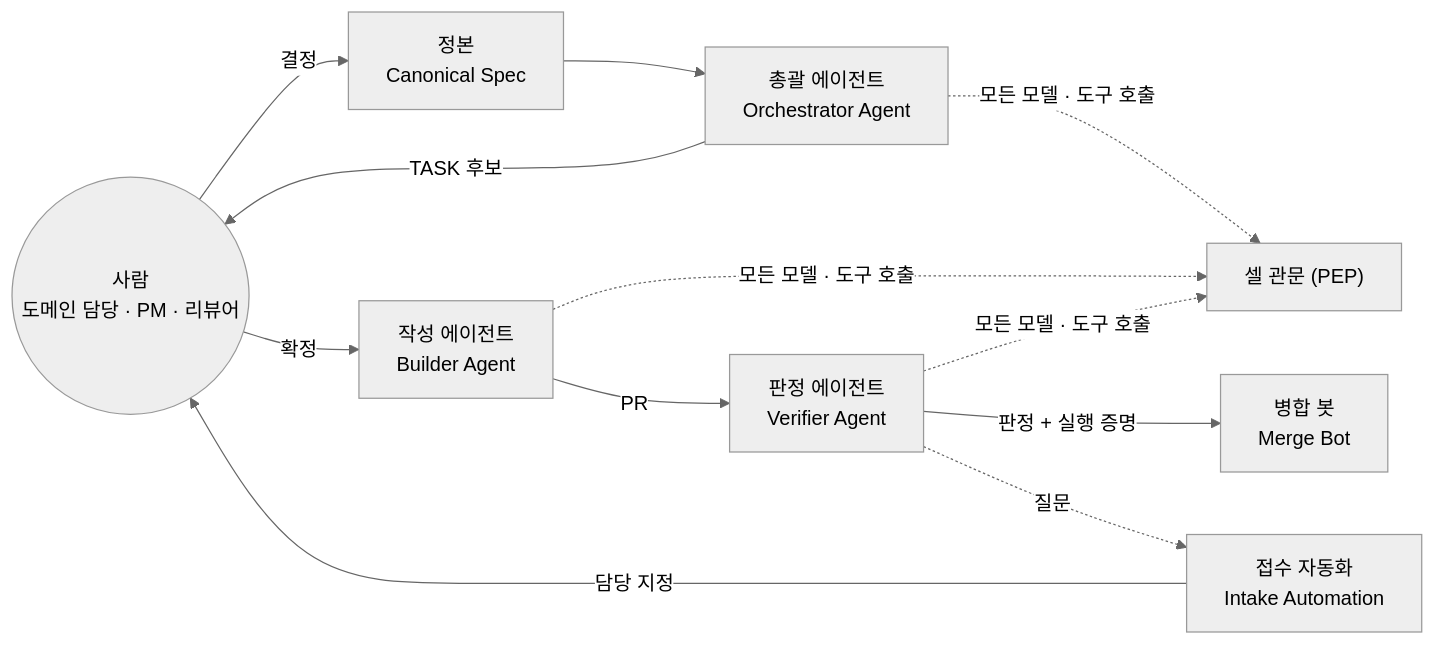
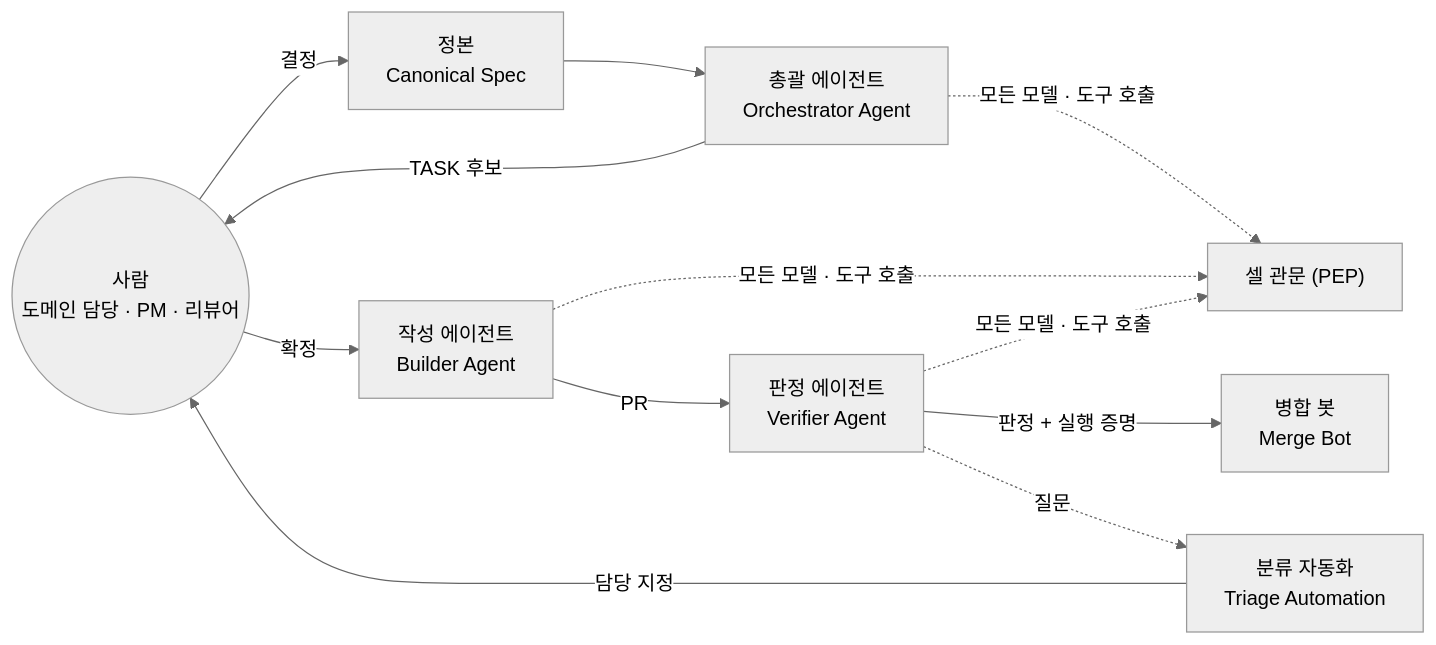
The second of 2 diagrams in AI_에이전틱_개념_아키텍처.md (whiteceo/agentic), drawn with Mermaid (neutral theme) before and after one commit. The commit also changed other lines of this file, not shown here.

````diff
--- a/AI_에이전틱_개념_아키텍처.md
+++ b/AI_에이전틱_개념_아키텍처.md
@@ -65,18 +65,18 @@
 ```mermaid
 flowchart LR
   H(("사람<br/>도메인 담당 · PM · 리뷰어"))
   SPEC["정본<br/>Canonical Spec"]
   ORC["총괄 에이전트<br/>Orchestrator Agent"]
   BLD["작성 에이전트<br/>Builder Agent"]
   VER["판정 에이전트<br/>Verifier Agent"]
   MB["병합 봇<br/>Merge Bot"]
-  INT["접수 자동화<br/>Intake Automation"]
+  INT["분류 자동화<br/>Triage Automation"]
   GW["셀 관문 (PEP)"]
 
   H -- 결정 --> SPEC
   SPEC --> ORC -- TASK 후보 --> H
   H -- 확정 --> BLD
   BLD -- PR --> VER -- 판정 + 실행 증명 --> MB
   VER -. 질문 .-> INT -- 담당 지정 --> H
   ORC & BLD & VER -. 모든 모델 · 도구 호출 .-> GW
 ```
````
